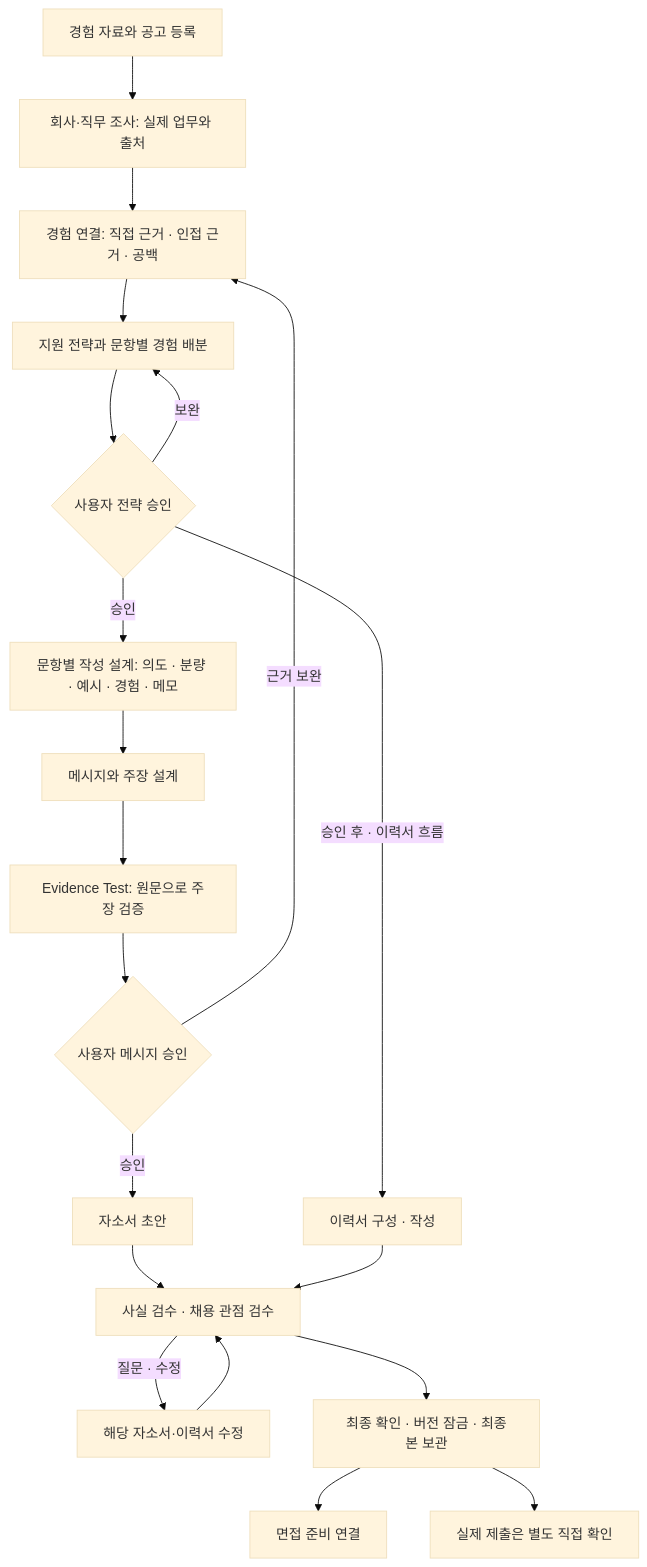
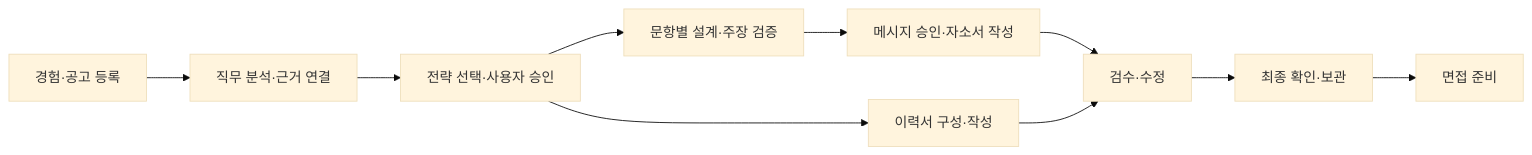
The diagram in README.md (yoon-chan-hyeok/career-harness), drawn with Mermaid (base theme) before and after one commit. The commit also changed other lines of this file and 11 other files, not shown here.

```diff
--- a/README.md
+++ b/README.md
@@ -44,22 +41,12 @@
 ~~~mermaid
-flowchart TD
-    A["경험 자료와 공고 등록"] --> B["회사·직무 조사: 실제 업무와 출처"]
-    B --> C["경험 연결: 직접 근거 · 인접 근거 · 공백"]
-    C --> D["지원 전략과 문항별 경험 배분"]
-    D --> E{"사용자 전략 승인"}
-    E -- "보완" --> D
-    E -- "승인" --> F["문항별 작성 설계: 의도 · 분량 · 예시 · 경험 · 메모"]
-    F --> G["메시지와 주장 설계"]
-    G --> H["Evidence Test: 원문으로 주장 검증"]
-    H --> I{"사용자 메시지 승인"}
-    I -- "근거 보완" --> C
-    I -- "승인" --> J["자소서 초안"]
-    E -- "승인 후 · 이력서 흐름" --> R["이력서 구성 · 작성"]
-    J --> K["사실 검수 · 채용 관점 검수"]
-    R --> K
-    K -- "질문 · 수정" --> U["해당 자소서·이력서 수정"]
-    U --> K
-    K --> L["최종 확인 · 버전 잠금 · 최종본 보관"]
-    L --> M["면접 준비 연결"]
-    L --> N["실제 제출은 별도 직접 확인"]
+flowchart LR
+    A["경험·공고 등록"] --> B["직무 분석·근거 연결"]
+    B --> C["전략 선택·사용자 승인"]
+    C --> D["문항별 설계·주장 검증"]
+    D --> E["메시지 승인·자소서 작성"]
+    C --> R["이력서 구성·작성"]
+    E --> F["검수·수정"]
+    R --> F
+    F --> G["최종 확인·보관"]
+    G --> H["면접 준비"]
 ~~~
```
